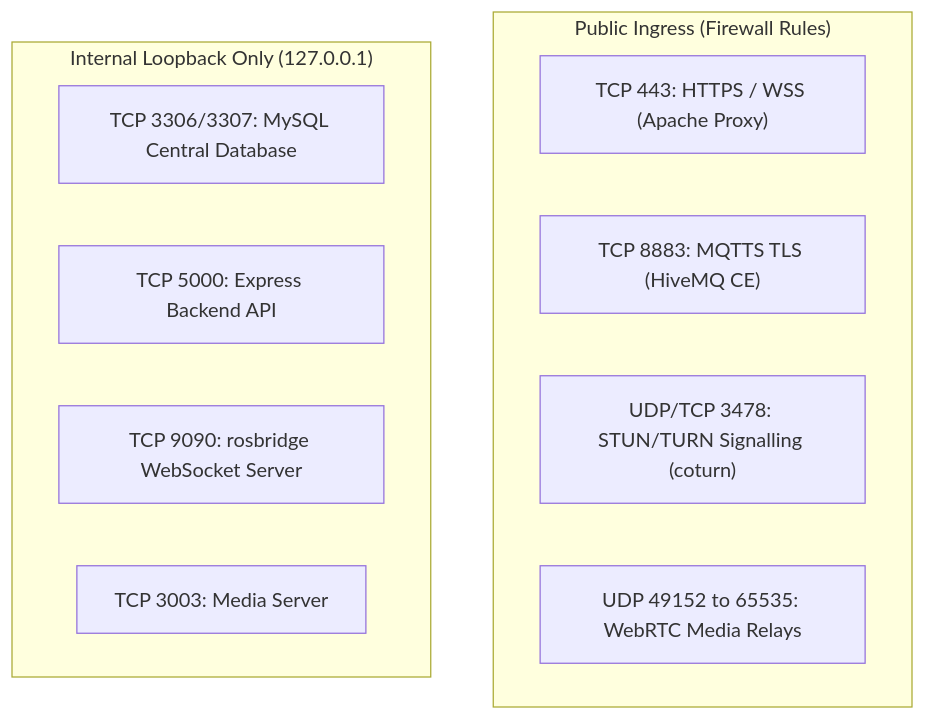
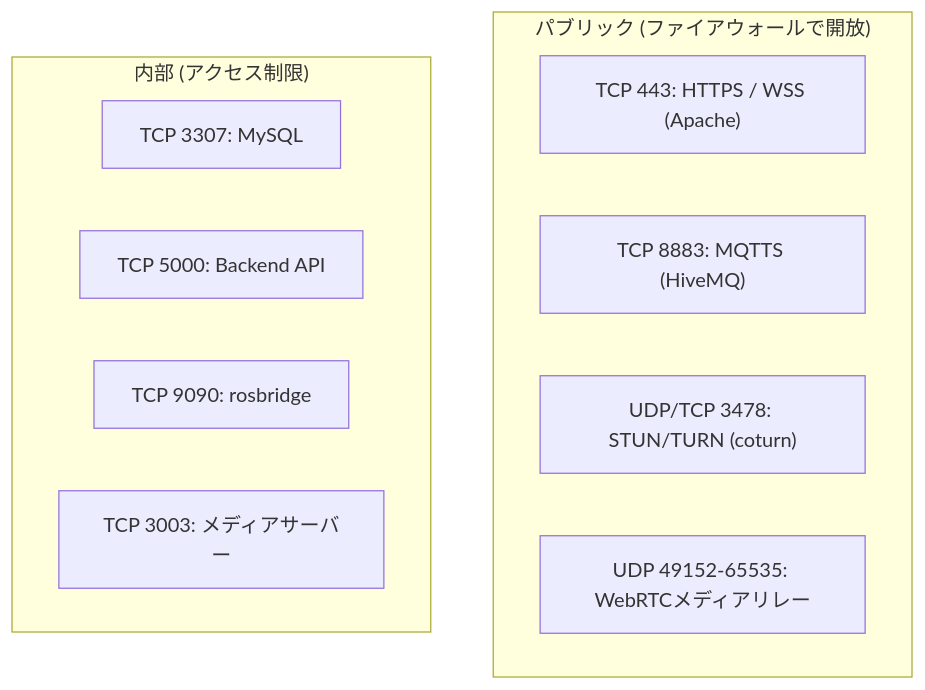
Before and after one commit to itbdelaboprogramming/msd700_documentation: the second of 2 diagrams in docs/ja/setup/prerequisites.md, drawn with Mermaid. The commit also changed other lines of this file and 110 other files, not shown here.

````diff
--- a/docs/ja/setup/prerequisites.md
+++ b/docs/ja/setup/prerequisites.md
@@ -57,16 +56,16 @@
 ```mermaid
 flowchart TD
-  subgraph PublicIngress["Public Ingress (Firewall Rules)"]
-    P443["TCP 443: HTTPS / WSS (Apache Proxy)"]
-    P8883["TCP 8883: MQTTS TLS (HiveMQ CE)"]
-    P3478["UDP/TCP 3478: STUN/TURN Signalling (coturn)"]
-    PRANGE["UDP 49152 to 65535: WebRTC Media Relays"]
+  subgraph PublicIngress["パブリック (ファイアウォールで開放)"]
+    P443["TCP 443: HTTPS / WSS (Apache)"]
+    P8883["TCP 8883: MQTTS (HiveMQ)"]
+    P3478["UDP/TCP 3478: STUN/TURN (coturn)"]
+    PRANGE["UDP 49152-65535: WebRTCメディアリレー"]
   end
 
-  subgraph LocalLoopback["Internal Loopback Only (127.0.0.1)"]
-    P3306["TCP 3306/3307: MySQL Central Database"]
-    P5000["TCP 5000: Express Backend API"]
-    P9090["TCP 9090: rosbridge WebSocket Server"]
-    P3003["TCP 3003: Media Server"]
+  subgraph LocalLoopback["内部 (アクセス制限)"]
+    P3306["TCP 3307: MySQL"]
+    P5000["TCP 5000: Backend API"]
+    P9090["TCP 9090: rosbridge"]
+    P3003["TCP 3003: メディアサーバー"]
   end
 ```
````
